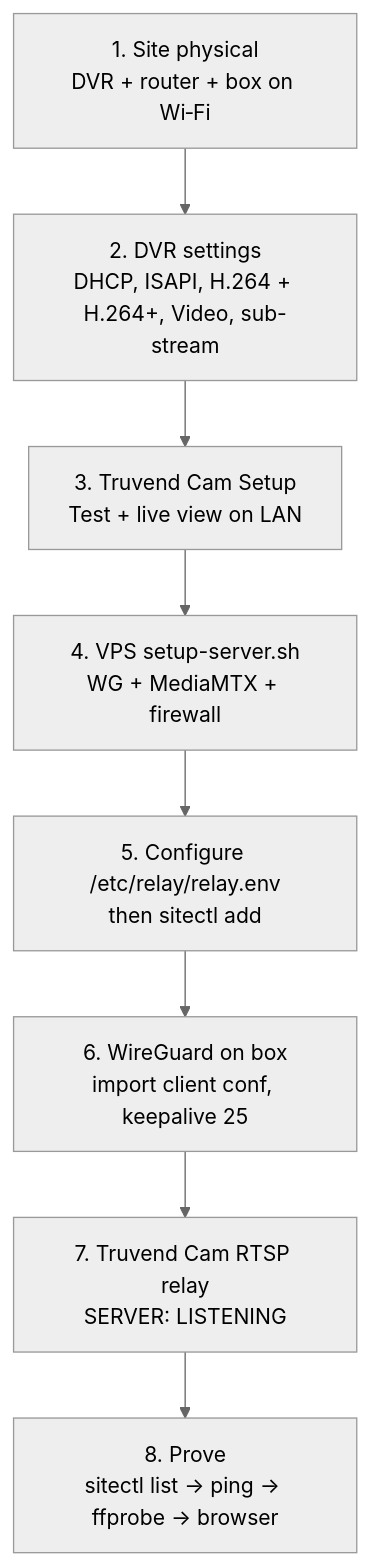
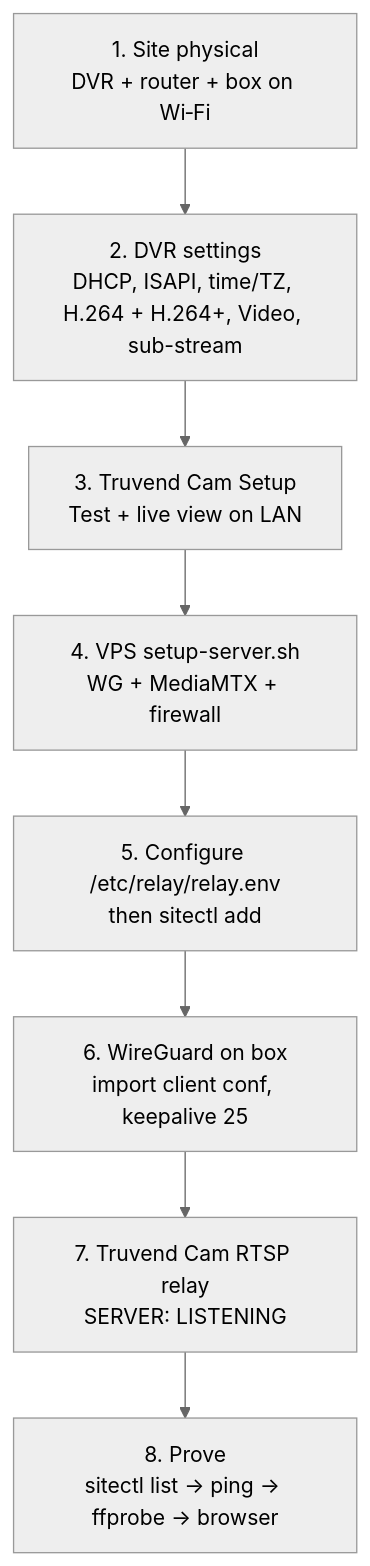
The fourth of 4 diagrams in docs/SYSTEM-ARCHITECTURE.md (olaar09/truvend_cam_site), drawn with Mermaid (neutral theme) before and after one commit. The commit also changed other lines of this file and 9 other files, not shown here.

````diff
--- a/docs/SYSTEM-ARCHITECTURE.md
+++ b/docs/SYSTEM-ARCHITECTURE.md
@@ -330,10 +344,10 @@
 ```mermaid
 flowchart TD
-  A["1. Site physical<br/>DVR + router + box on Wi‑Fi"] --> B["2. DVR settings<br/>DHCP, ISAPI, H.264 + H.264+, Video, sub-stream"]
+  A["1. Site physical<br/>DVR + router + box on Wi‑Fi"] --> B["2. DVR settings<br/>DHCP, ISAPI, time/TZ, H.264 + H.264+, Video, sub-stream"]
   B --> C["3. Truvend Cam Setup<br/>Test + live view on LAN"]
   C --> D["4. VPS setup-server.sh<br/>WG + MediaMTX + firewall"]
   D --> E["5. Configure /etc/relay/relay.env<br/>then sitectl add"]
   E --> F["6. WireGuard on box<br/>import client conf, keepalive 25"]
   F --> G["7. Truvend Cam RTSP relay<br/>SERVER: LISTENING"]
   G --> H["8. Prove<br/>sitectl list → ping → ffprobe → browser"]
 ```
````
